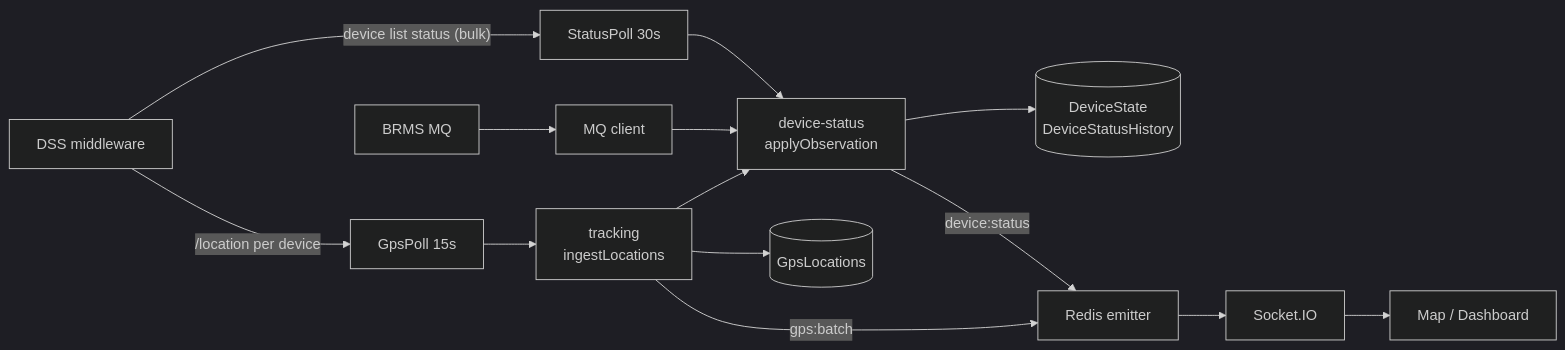
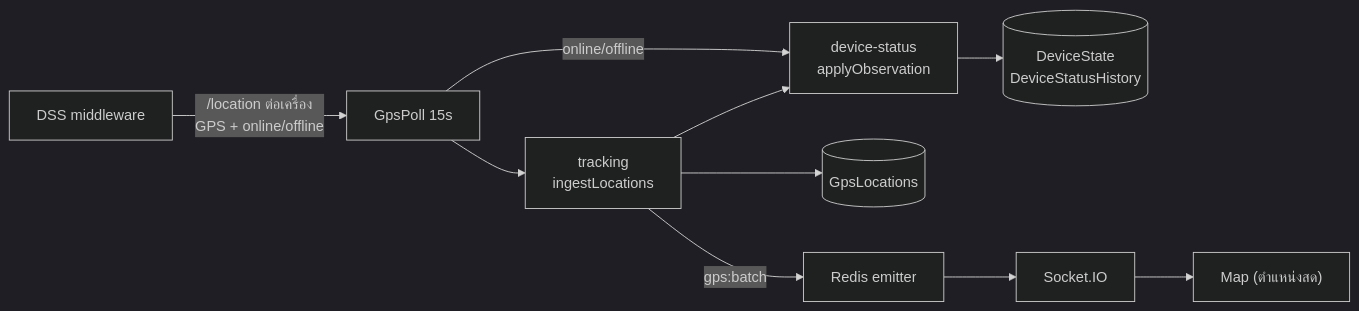
Before and after one commit to b-werayut/psd-bodycam-v1.0: the fourth of 6 diagrams in docs/blueprint/02-system-architecture.md, drawn with Mermaid (dark theme). The commit also changed other lines of this file and 304 other files, not shown here.

````diff
--- a/docs/blueprint/02-system-architecture.md
+++ b/docs/blueprint/02-system-architecture.md
@@ -175,15 +186,11 @@
 ```mermaid
 flowchart LR
-  DSS["DSS middleware"] -- "device list status (bulk)" --> SP["StatusPoll 30s"]
-  DSS -- "/location per device" --> GP["GpsPoll 15s"]
-  BRMS["BRMS MQ"] --> MQ["MQ client"]
-  SP --> DS["device-status<br/>applyObservation"]
-  MQ --> DS
+  DSS["DSS middleware"] -- "/location ต่อเครื่อง<br/>GPS + online/offline" --> GP["GpsPoll 15s"]
   GP --> TRK["tracking<br/>ingestLocations"]
+  GP -- "online/offline" --> DS["device-status<br/>applyObservation"]
   TRK --> DS
   DS --> PG[("DeviceState<br/>DeviceStatusHistory")]
   TRK --> GPS[("GpsLocations")]
-  DS -- "device:status" --> BUS["Redis emitter"]
-  TRK -- "gps:batch" --> BUS
-  BUS --> GW["Socket.IO"] --> WEB["Map / Dashboard"]
+  TRK -- "gps:batch" --> BUS["Redis emitter"]
+  BUS --> GW["Socket.IO"] --> WEB["Map (ตำแหน่งสด)"]
 ```
````
